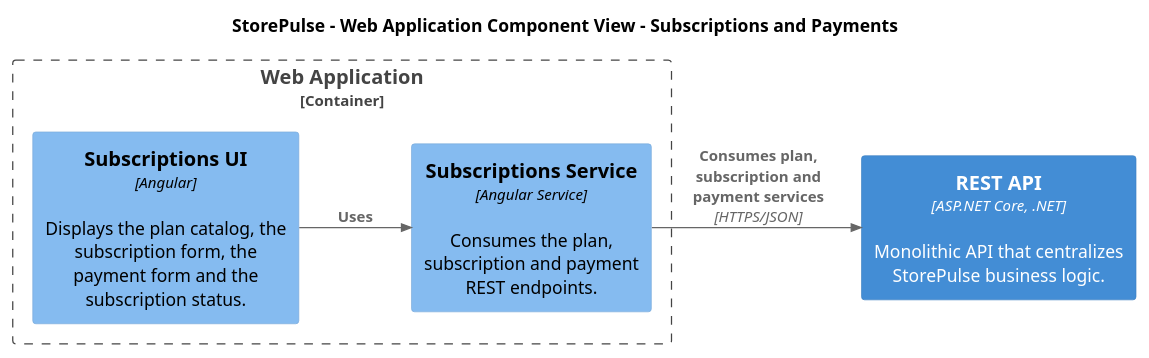
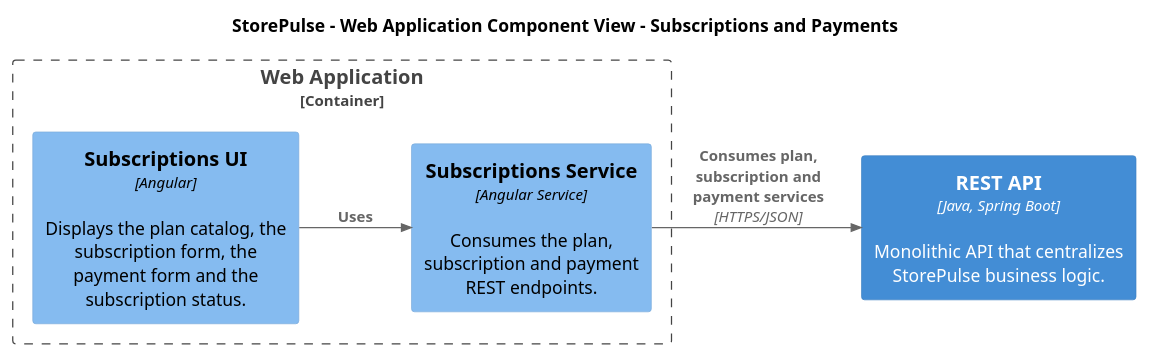
Before and after one commit to VanguardTechIot/storepulse-report: the diagram in assets/architecture/subscriptions-and-payments/01_Subscriptions_Web_Component.puml, drawn with PlantUML. The commit also changed 33 other files, not shown here.

Commit message:
docs(architecture): replace dotnet references with spring boot

```diff
--- a/assets/architecture/subscriptions-and-payments/01_Subscriptions_Web_Component.puml
+++ b/assets/architecture/subscriptions-and-payments/01_Subscriptions_Web_Component.puml
@@ -1,23 +1,23 @@
 @startuml
 !include https://raw.githubusercontent.com/plantuml-stdlib/C4-PlantUML/master/C4_Component.puml
 
 LAYOUT_LEFT_RIGHT()
 HIDE_STEREOTYPE()
 
 skinparam backgroundColor #FFFFFF
 skinparam shadowing false
 skinparam defaultFontName Arial
 
 title StorePulse - Web Application Component View - Subscriptions and Payments
 
 Container_Boundary(webApplication, "Web Application") {
     Component(subscriptionsUI, "Subscriptions UI", "Angular", "Displays the plan catalog, the subscription form, the payment form and the subscription status.")
     Component(subscriptionsService, "Subscriptions Service", "Angular Service", "Consumes the plan, subscription and payment REST endpoints.")
 }
 
-Container(restApi, "REST API", "ASP.NET Core, .NET", "Monolithic API that centralizes StorePulse business logic.")
+Container(restApi, "REST API", "Java, Spring Boot", "Monolithic API that centralizes StorePulse business logic.")
 
 Rel(subscriptionsUI, subscriptionsService, "Uses")
 Rel(subscriptionsService, restApi, "Consumes plan, subscription and payment services", "HTTPS/JSON")
 
 @enduml
```
